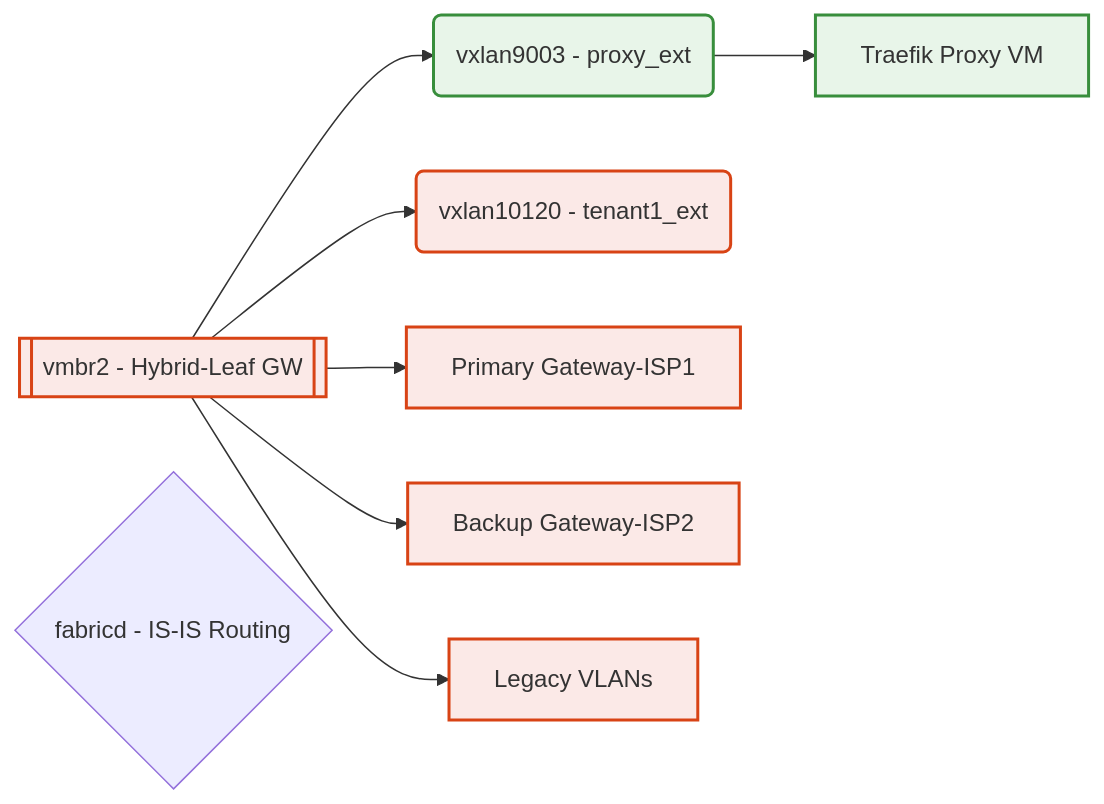
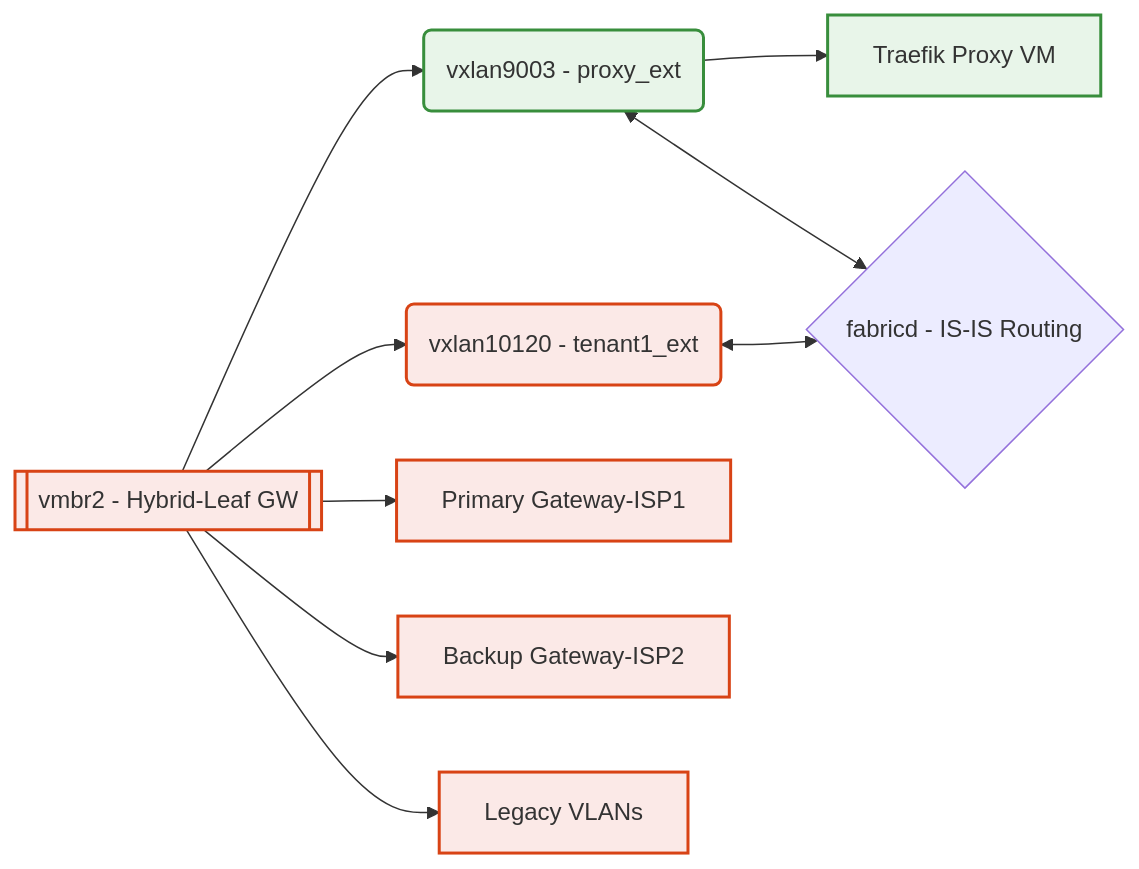
One commit to CEP-Comwell/proxmox_addons changed the fourth of 4 diagrams in README.md. Above: the diagram before and after it, drawn with Mermaid. The commit also changed other lines of this file, not shown here.

Commit message:
test connectors fabricd to vxlan

````diff
--- a/README.md
+++ b/README.md
@@ -139,23 +147,25 @@
 ```mermaid
 graph LR
 ExtBridge[[vmbr2 - Hybrid-Leaf GW]]
 VX9003(vxlan9003 - proxy_ext)
 VX10120(vxlan10120 - tenant1_ext)
 Gateway1[Primary Gateway-ISP1]
 Gateway2[Backup Gateway-ISP2]
 LegacyVLAN[Legacy VLANs]
 ProxyVM[Traefik Proxy VM]
 Fabricd{fabricd - IS-IS Routing}
 
 ExtBridge --> VX9003
 ExtBridge --> VX10120
 ExtBridge --> Gateway1
 ExtBridge --> Gateway2
 ExtBridge --> LegacyVLAN
 VX9003 --> ProxyVM
+VX9003 <--> Fabricd
+VX10120 <--> Fabricd
 
 classDef ext fill:#fbe9e7,stroke:#d84315,stroke-width:2px;
 classDef proxy fill:#e8f5e9,stroke:#388e3c,stroke-width:2px;
 class ExtBridge,VX10120,Gateway1,Gateway2,LegacyVLAN ext;
 class VX9003,ProxyVM proxy;
 ```
````
